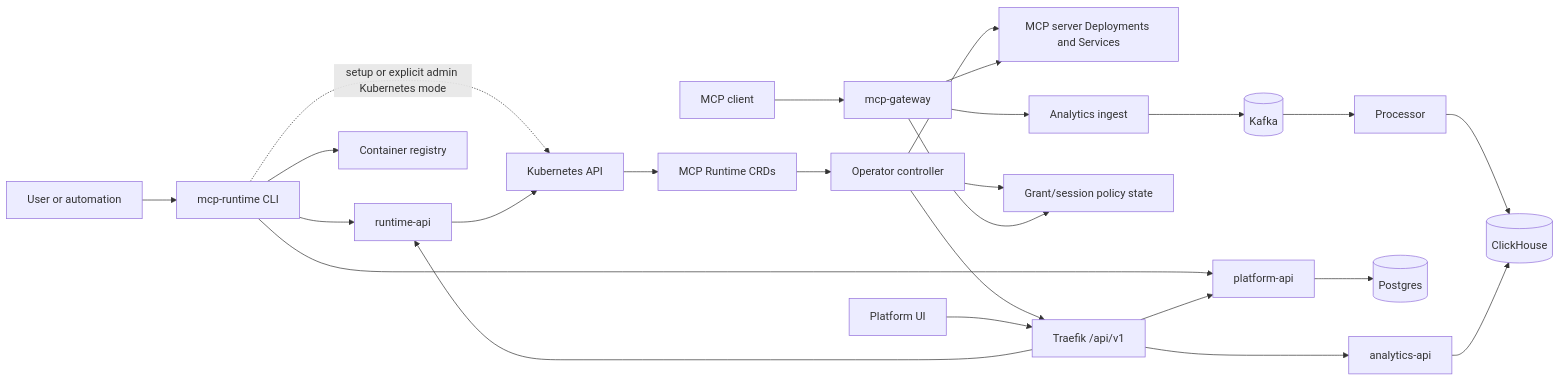
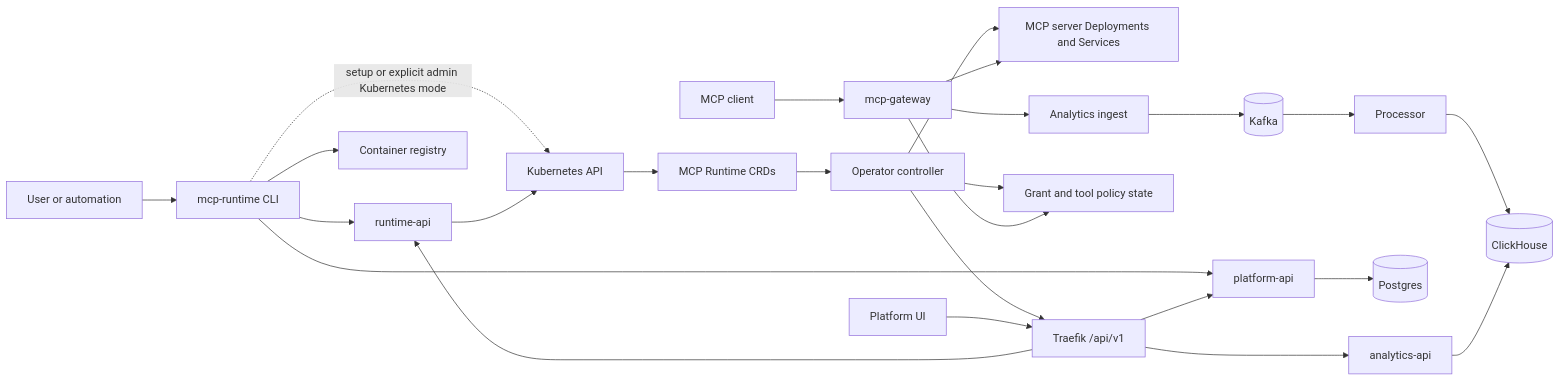
Before and after one commit to tavric-labs/mcp-runtime: the first of 4 diagrams in docs/internals/README.md, drawn with Mermaid. The commit also changed other lines of this file and 85 other files, not shown here.

````diff
--- a/docs/internals/README.md
+++ b/docs/internals/README.md
@@ -33,28 +33,28 @@
 ```mermaid
 flowchart LR
     User[User or automation] --> CLI[mcp-runtime CLI]
     CLI --> RunAPI[runtime-api]
     CLI --> PlatAPI[platform-api]
     CLI -. setup or explicit admin Kubernetes mode .-> K8s[Kubernetes API]
     CLI --> Registry[Container registry]
     K8s --> CRDs[MCP Runtime CRDs]
     CRDs --> Operator[Operator controller]
     Operator --> Workloads[MCP server Deployments and Services]
     Operator --> Ingress[Ingress and gateway routes]
-    Operator --> Policy[Grant/session policy state]
+    Operator --> Policy[Grant and tool policy state]
     Client[MCP client] --> Gateway[mcp-gateway]
     Gateway --> Policy
     Gateway --> Workloads
     Gateway --> Ingest[Analytics ingest]
     Ingest --> Kafka[(Kafka)]
     Kafka --> Processor[Processor]
     Processor --> Store[(ClickHouse)]
     DB[(Postgres)]
     UI[Platform UI] --> Ingress[Traefik /api/v1]
     Ingress --> PlatAPI[platform-api]
     Ingress --> RunAPI[runtime-api]
     Ingress --> AnaAPI[analytics-api]
     RunAPI --> K8s
     PlatAPI --> DB
     AnaAPI --> Store
 ```
````
